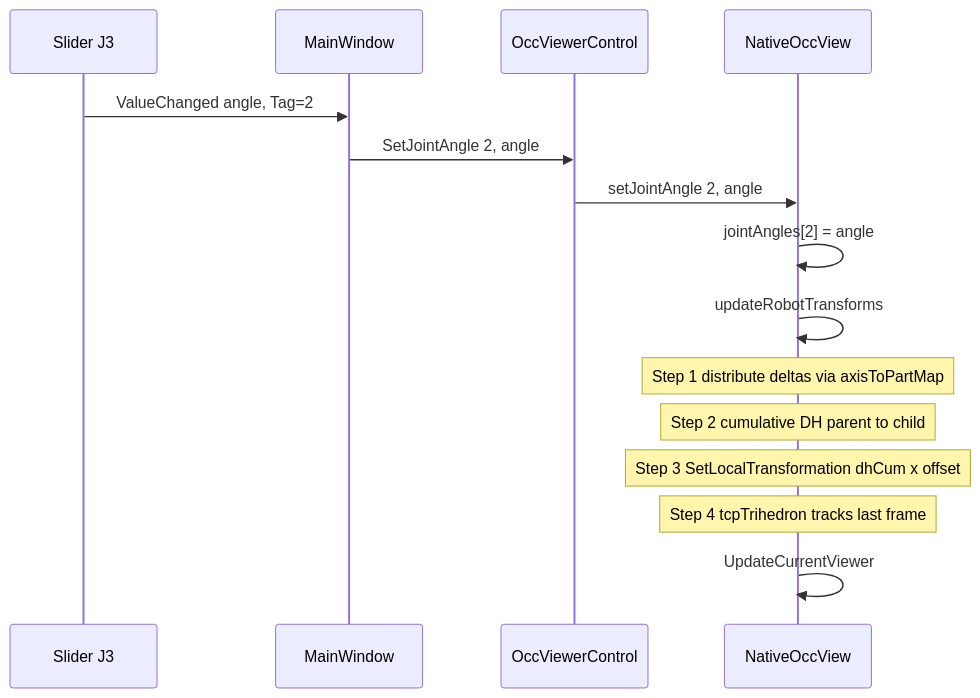
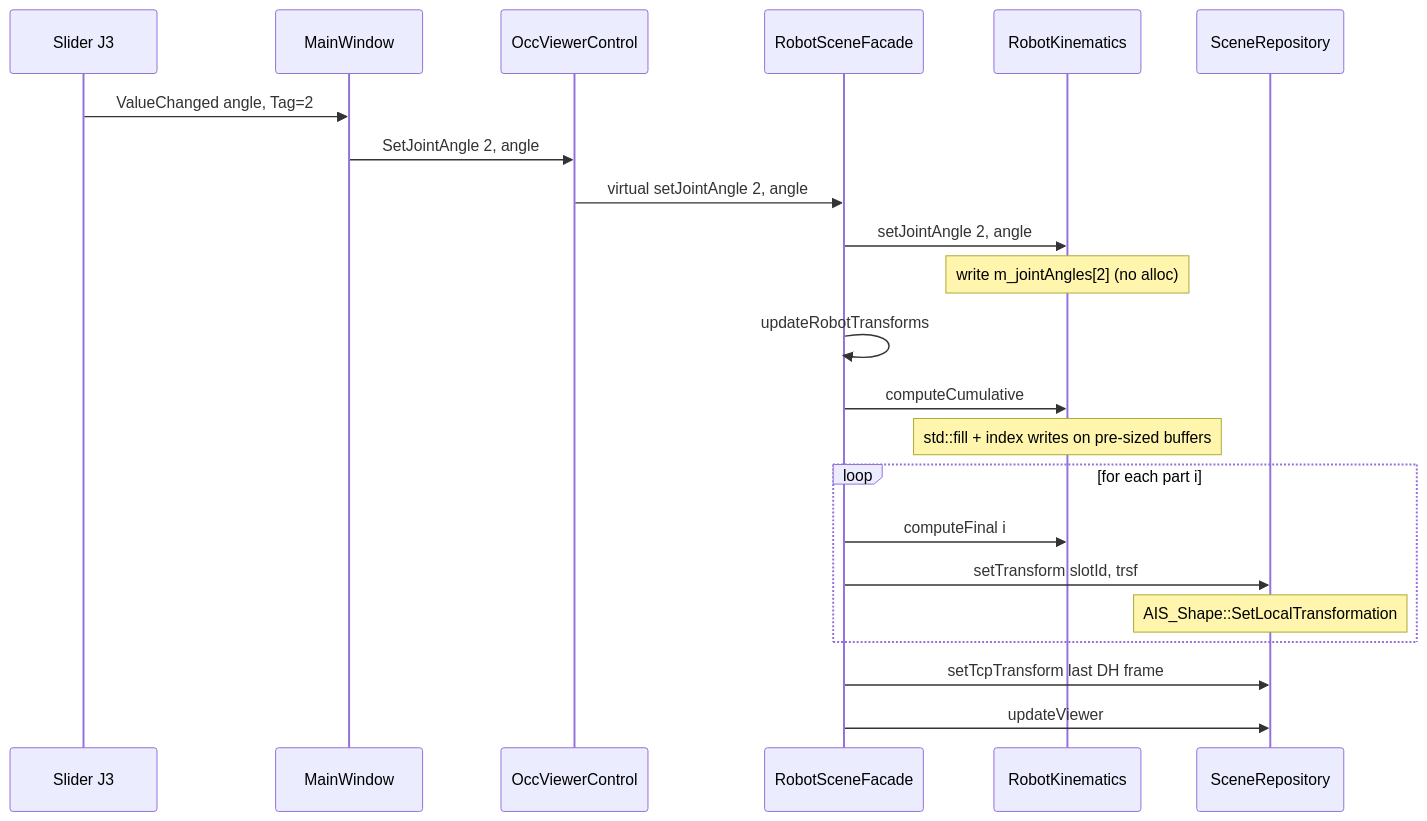
The third of 3 diagrams in Docs/README.md (ChengChengYang0416/robot-simulation), drawn with Mermaid before and after one commit. The commit also changed other lines of this file, not shown here.

Commit message:
update: rewrite README for post-R7 architecture (5 static libs + IRobotScene)

````diff
--- a/Docs/README.md
+++ b/Docs/README.md
@@ -205,18 +252,25 @@
 ```mermaid
 sequenceDiagram
     participant S as Slider J3
     participant W as MainWindow
     participant V as OccViewerControl
-    participant N as NativeOccView
+    participant F as RobotSceneFacade
+    participant K as RobotKinematics
+    participant R as SceneRepository
 
     S->>W: ValueChanged angle, Tag=2
     W->>V: SetJointAngle 2, angle
-    V->>N: setJointAngle 2, angle
-    N->>N: jointAngles[2] = angle
-    N->>N: updateRobotTransforms
-    Note over N: Step 1 distribute deltas via axisToPartMap
-    Note over N: Step 2 cumulative DH parent to child
-    Note over N: Step 3 SetLocalTransformation dhCum x offset
-    Note over N: Step 4 tcpTrihedron tracks last frame
-    N->>N: UpdateCurrentViewer
+    V->>F: virtual setJointAngle 2, angle
+    F->>K: setJointAngle 2, angle
+    Note over K: write m_jointAngles[2] (no alloc)
+    F->>F: updateRobotTransforms
+    F->>K: computeCumulative
+    Note over K: std::fill + index writes on pre-sized buffers
+    loop for each part i
+        F->>K: computeFinal i
+        F->>R: setTransform slotId, trsf
+        Note over R: AIS_Shape::SetLocalTransformation
+    end
+    F->>R: setTcpTransform last DH frame
+    F->>R: updateViewer
 ```
````
